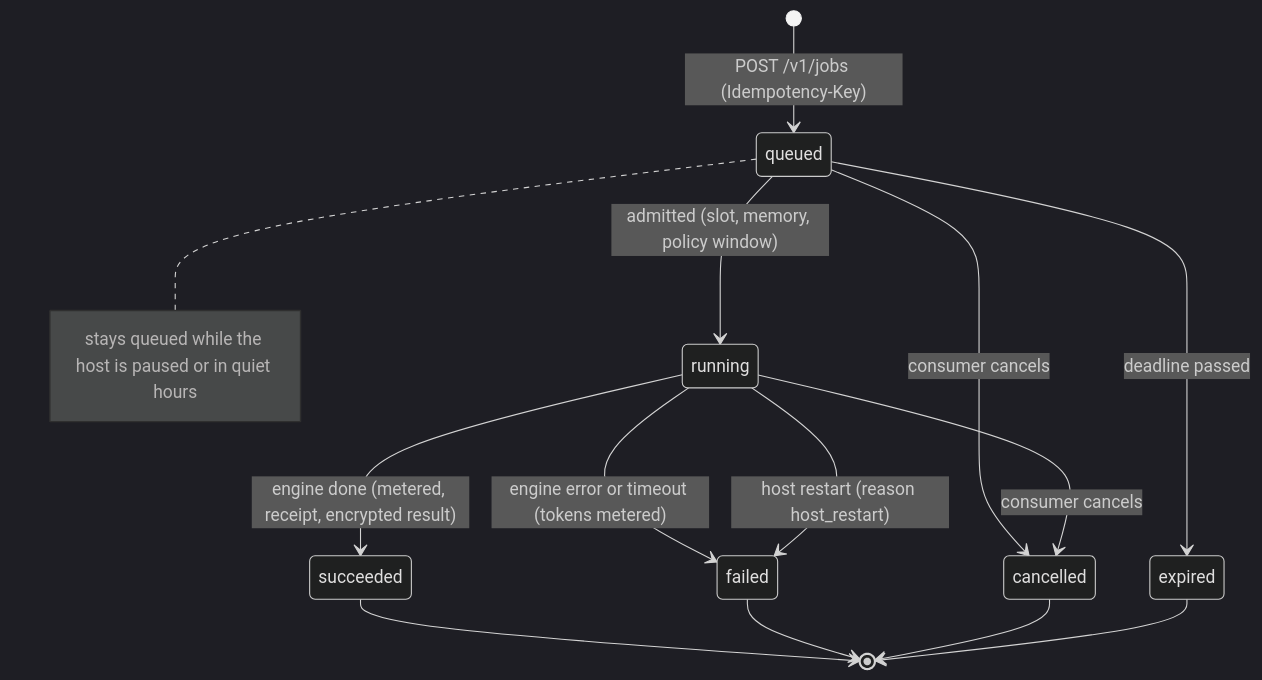
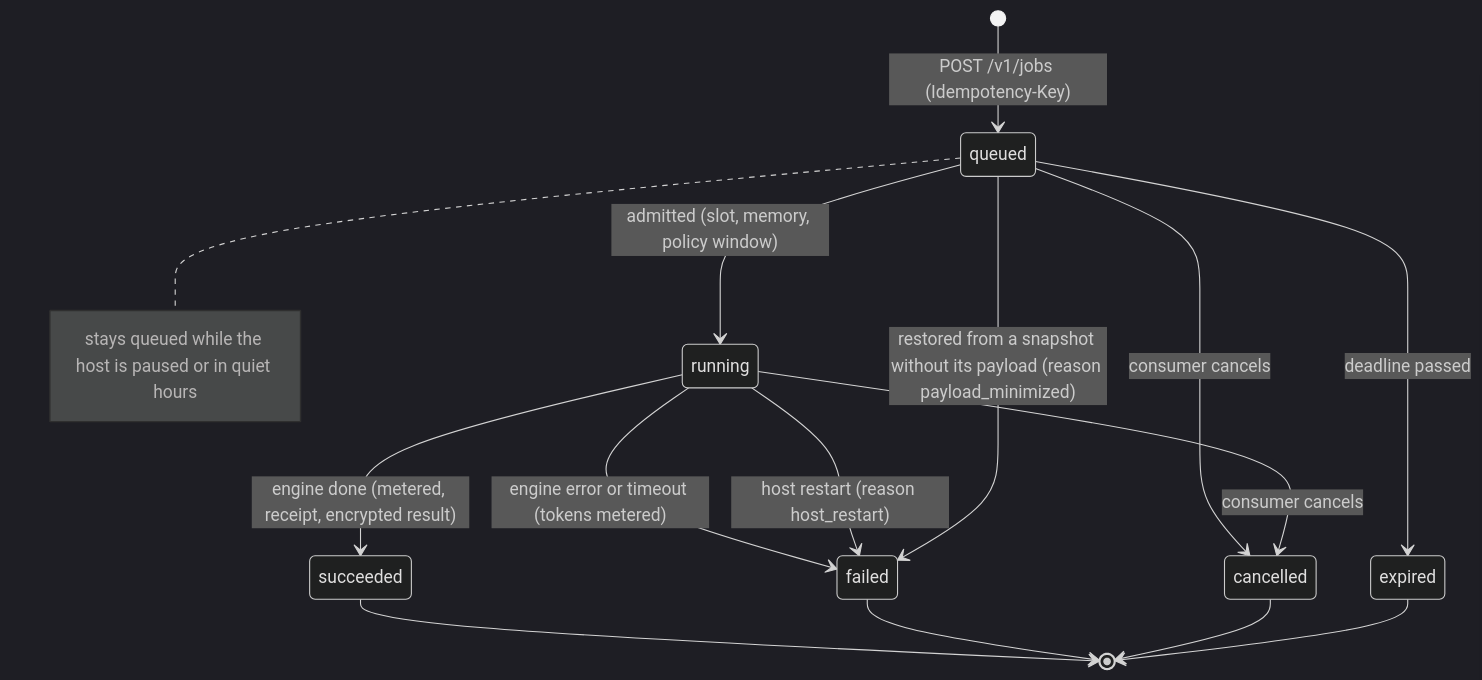
One commit to inCoderKaka/local-server changed the second of 10 diagrams in docs/design_docs/lld.md. Above: the diagram before and after it, drawn with Mermaid (dark theme). The commit also changed other lines of this file and 7 other files, not shown here.

First line of the commit message:
docs(platform): req_001 D-68 restore fails payload-minimized jobs (payload_minimized), D-69 FK-safe backup minimization; settings table named hst_setting in the LLD module map

````diff
--- a/docs/design_docs/lld.md
+++ b/docs/design_docs/lld.md
@@ -149,16 +149,17 @@
 ```mermaid
 stateDiagram-v2
   [*] --> queued: POST /v1/jobs (Idempotency-Key)
   queued --> running: admitted (slot, memory, policy window)
   queued --> expired: deadline passed
   queued --> cancelled: consumer cancels
   running --> succeeded: engine done (metered, receipt, encrypted result)
   running --> failed: engine error or timeout (tokens metered)
   running --> failed: host restart (reason host_restart)
+  queued --> failed: restored from a snapshot without its payload (reason payload_minimized)
   running --> cancelled: consumer cancels
   succeeded --> [*]
   failed --> [*]
   cancelled --> [*]
   expired --> [*]
   note right of queued: stays queued while the host is paused or in quiet hours
 ```
````
